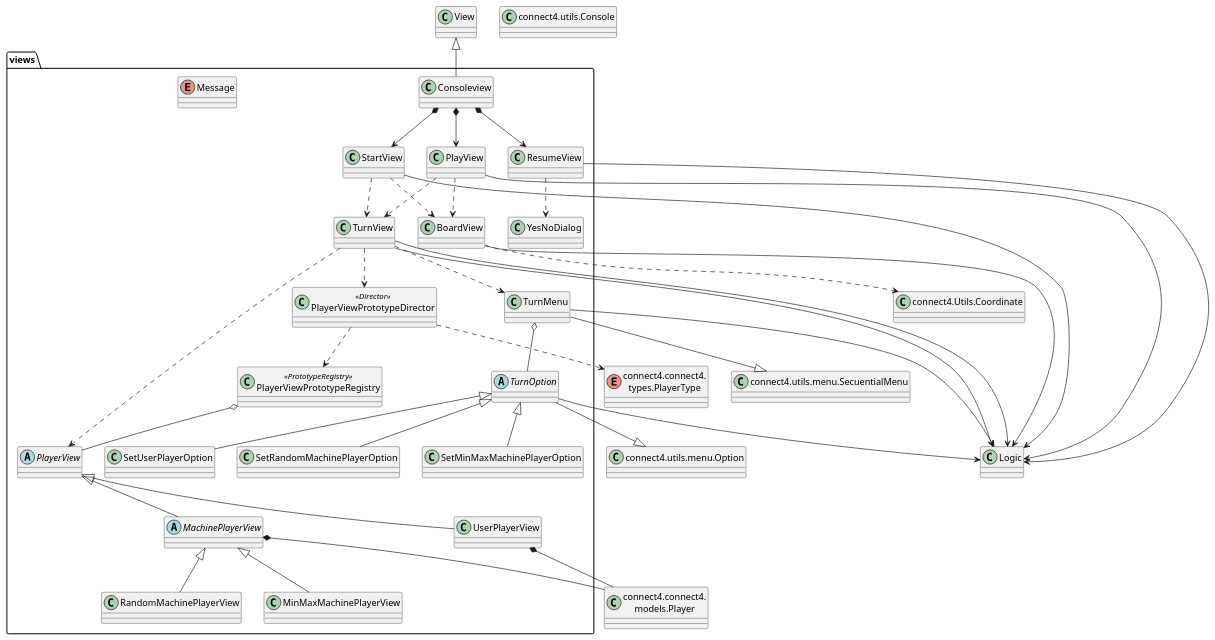
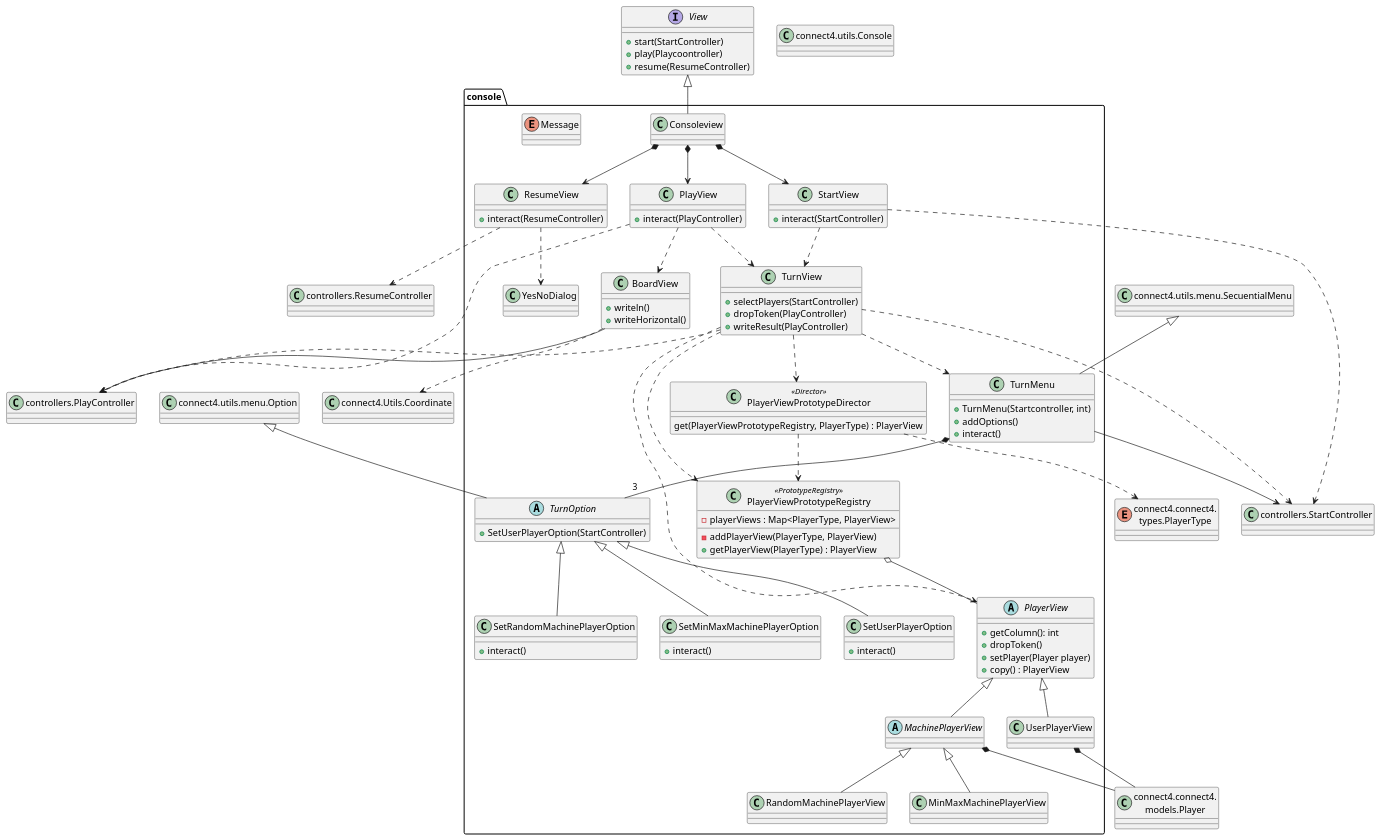
The diagram in connect4/Docs/diagrams/src/packages/connect4.connect4.views.console.plantuml (js-rom/connect4), drawn with PlantUML before and after one commit. The commit also changed 5 other files, not shown here.

Commit message:
update documentation after ConsoleView Refactor #4

```diff
--- a/connect4/Docs/diagrams/src/packages/connect4.connect4.views.console.plantuml
+++ b/connect4/Docs/diagrams/src/packages/connect4.connect4.views.console.plantuml
@@ -1,82 +1,141 @@
-@startuml connect4.connect4.views
+@startuml connect4.connect4.console.console
 
-class views.Consoleview
-class views.StartView
-class views.PlayView
-class views.ResumeView
-class views.BoardView
-class views.TurnView
-abstract class views.PlayerView
-abstract class views.MachinePlayerView
-class views.MinMaxMachinePlayerView
-class views.RandomMachinePlayerView
-class views.UserPlayerView
-class views.TurnMenu
-abstract class views.TurnOption
-class views.SetRandomMachinePlayerOption
-class views.SetMinMaxMachinePlayerOption
-class views.SetUserPlayerOption
-enum views.Message
-class views.YesNoDialog
-class views.PlayerViewPrototypeDirector <<Director>>
-class views.PlayerViewPrototypeRegistry <<PrototypeRegistry>>
+class console.Consoleview
 
-class View
+class console.StartView{
+    +interact(StartController)
+}
+
+class console.PlayView{
+    +interact(PlayController)
+}
+
+class console.ResumeView{
+    +interact(ResumeController)
+}
+
+class console.BoardView{
+    +writeln()
+    +writeHorizontal()
+}
+
+class console.TurnView{
+    +selectPlayers(StartController)
+    +dropToken(PlayController)
+    +writeResult(PlayController)
+}
+
+abstract class console.PlayerView{
+    +getColumn(): int
+    +dropToken()
+    +setPlayer(Player player)
+    +copy() : PlayerView
+}
+
+abstract class console.MachinePlayerView
+class console.MinMaxMachinePlayerView
+class console.RandomMachinePlayerView
+class console.UserPlayerView
+class console.TurnMenu{
+    +TurnMenu(Startcontroller, int)
+    +addOptions()
+    +interact()
+}
+
+abstract class console.TurnOption{
+    +SetUserPlayerOption(StartController)
+}
+
+class console.SetRandomMachinePlayerOption{
+        +interact()
+}
+
+class console.SetMinMaxMachinePlayerOption{
+        +interact()
+}
+
+class console.SetUserPlayerOption{
+        +interact()
+}
+
+enum console.Message
+
+class console.YesNoDialog
+
+class console.PlayerViewPrototypeDirector <<Director>> {
+    get(PlayerViewPrototypeRegistry, PlayerType) : PlayerView 
+}
+
+class console.PlayerViewPrototypeRegistry <<PrototypeRegistry>> {
+    -playerViews : Map<PlayerType, PlayerView> 
+    -addPlayerView(PlayerType, PlayerView)
+    +getPlayerView(PlayerType) : PlayerView
+}
+class StartController as "controllers.StartController"
+class PlayController as "controllers.PlayController"
+class ResumeController as "controllers.ResumeController"
+
+interface View{
+    +start(StartController)
+    +play(Playcoontroller)
+    +resume(ResumeController)
+}
+
 View <|-- Consoleview 
 Consoleview *--> StartView
 Consoleview *--> PlayView
 Consoleview *--> ResumeView
 
-class Logic
-
-StartView --> Logic
-PlayView --> Logic
-ResumeView --> Logic
+StartView ..> StartController
+PlayView ..> PlayController
+ResumeView ..> ResumeController
 
 StartView ..> TurnView
-StartView ..> BoardView
 
 PlayView ..> TurnView
 PlayView ..> BoardView
 
 ResumeView ..> YesNoDialog
 
 TurnView ..> PlayerView
+TurnView ..> StartController
+TurnView ..> PlayController
+TurnView ..> TurnMenu
+TurnMenu *-- "3"TurnOption
+TurnView ..> PlayerViewPrototypeDirector
+TurnView ..> PlayerViewPrototypeRegistry
 
 PlayerView <|-- UserPlayerView
 PlayerView <|-- MachinePlayerView
 MachinePlayerView <|-- MinMaxMachinePlayerView
 MachinePlayerView <|-- RandomMachinePlayerView
 
 TurnOption <|-- SetRandomMachinePlayerOption
 TurnOption <|-- SetMinMaxMachinePlayerOption
 TurnOption <|-- SetUserPlayerOption
-
-TurnView ..> TurnMenu
-TurnMenu o-- TurnOption
-TurnView ..> PlayerViewPrototypeDirector
+TurnMenu --> StartController
 
 PlayerViewPrototypeDirector ..> PlayerViewPrototypeRegistry
 PlayerViewPrototypeRegistry o-- PlayerView
 
 class Option as "connect4.utils.menu.Option"
 class SecuentialMenu as "connect4.utils.menu.SecuentialMenu"
 class Coordinate as "connect4.Utils.Coordinate"
 class Console as "connect4.utils.Console"
 class Player as "connect4.connect4.\nmodels.Player"
 enum PlayerType as "connect4.connect4.\ntypes.PlayerType"
 
-TurnOption --|> Option
-TurnMenu --|> SecuentialMenu
-BoardView --> Logic
+
+Option <|-- TurnOption
+SecuentialMenu <|-- TurnMenu
+BoardView --> PlayController
 BoardView ..> Coordinate
 MachinePlayerView *-- Player
 UserPlayerView *-- Player
-TurnView --> Logic
-TurnView --> Logic
-TurnMenu --> Logic
-TurnOption --> Logic
+
+
+
 PlayerViewPrototypeDirector ..> PlayerType
 
 
 @enduml
```
